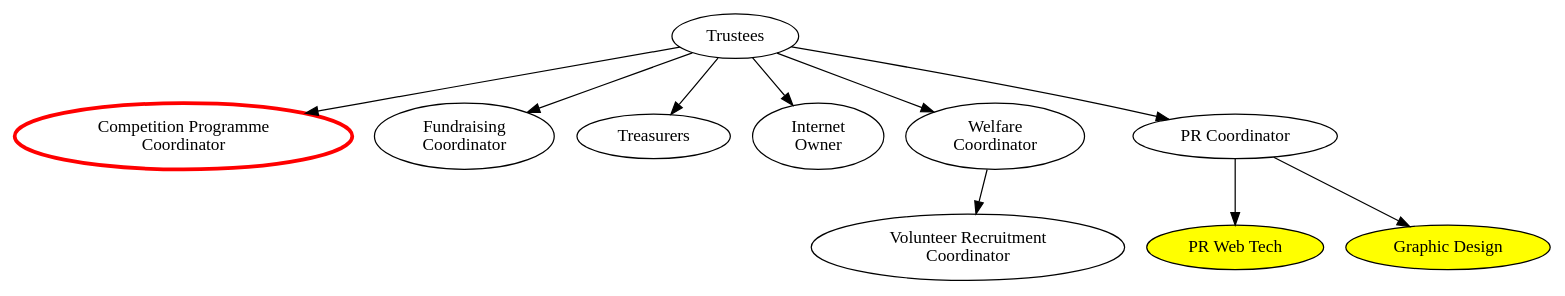
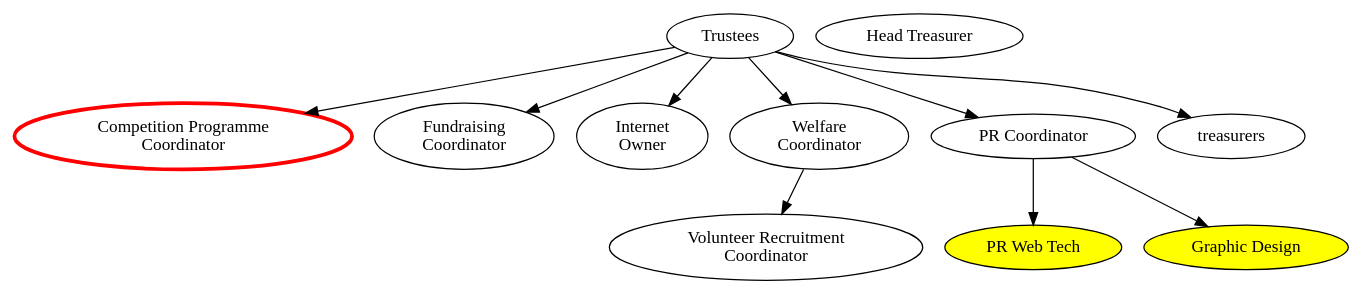
The diagram in org-chart/top.dot (Adimote/legacy-ops-manual), drawn with Graphviz before and after one commit. The commit also changed 1 other file, not shown here.

Commit message:
Replace "treasurers" with "head treasurer"
This removes concerns about how the treasurers will manage themselves.

Fixes #50

```diff
--- a/org-chart/top.dot
+++ b/org-chart/top.dot
@@ -1,29 +1,29 @@
 digraph {
 	####### Node declarations
 	### Highest-level
 	trustees [label="Trustees" email="trustees@studentrobotics.org"];
 	
 	### Second level
 	comp_prog_coord [label="Competition Programme\nCoordinator" color=red penwidth=3 rolesexclude=true]; // Email and tel defined in comp-prog.dot
 	fund_coord [label="Fundraising\nCoordinator" email="fundraising@studentrobotics.org"];
-	treasurers [label="Treasurers" email="treasurers@studentrobotics.org"];
+	head_treasurer [label="Head Treasurer" email="treasurer@studentrobotics.org"];
 	internet_owner [label="Internet\nOwner" email="internet@studentrobotics.org"];
 	welfare_coord [label="Welfare\nCoordinator" email="welfare@studentrobotics.org"];
 	pr_coord [label="PR Coordinator" email="pr@studentrobotics.org"];
 	
 	### Third Level
 	
 	# PR Coordinator Subordinates
 	pr_web_tech [label="PR Web Tech" fillcolor=yellow style=filled contactsexclude=true];
 	graphic_design [label="Graphic Design" fillcolor=yellow style=filled contactsexclude=true];
 	
 	# Welfare Coordinator Subordinates
 	vol_rec_coord[label="Volunteer Recruitment\nCoordinator" email="volunteer-recruitment@studentrobotics.org"];
 	
 	###### Connections between nodes
 	
 	trustees -> { comp_prog_coord fund_coord treasurers pr_coord internet_owner welfare_coord };
 	
 	pr_coord -> { pr_web_tech graphic_design };
 	welfare_coord -> { vol_rec_coord };
 }
```
